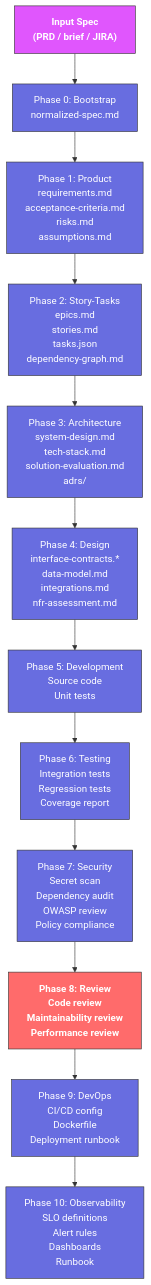
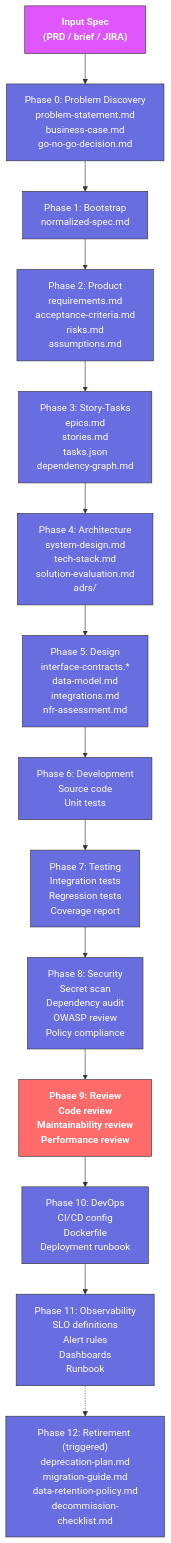
Before and after one commit to bitbitcodes/autonomous-sdlc: the sixth of 7 diagrams in docs/agent-graph.md, drawn with Mermaid. The commit also changed other lines of this file and 131 other files, not shown here.

First line of the commit message:
feat(phase-config,governance,cost): Phase presets, custom agents, and other minor  changes

````diff
--- a/docs/agent-graph.md
+++ b/docs/agent-graph.md
@@ -208,50 +234,58 @@
 ```mermaid
 flowchart TD
     SPEC["Input Spec<br/>(PRD / brief / JIRA)"]
     SPEC --> P0
 
-    P0["Phase 0: Bootstrap<br/>normalized-spec.md"]
+    P0["Phase 0: Problem Discovery<br/>problem-statement.md<br/>business-case.md<br/>go-no-go-decision.md"]
     P0 --> P1
 
-    P1["Phase 1: Product<br/>requirements.md<br/>acceptance-criteria.md<br/>risks.md<br/>assumptions.md"]
+    P1["Phase 1: Bootstrap<br/>normalized-spec.md"]
     P1 --> P2
 
-    P2["Phase 2: Story-Tasks<br/>epics.md<br/>stories.md<br/>tasks.json<br/>dependency-graph.md"]
+    P2["Phase 2: Product<br/>requirements.md<br/>acceptance-criteria.md<br/>risks.md<br/>assumptions.md"]
     P2 --> P3
 
-    P3["Phase 3: Architecture<br/>system-design.md<br/>tech-stack.md<br/>solution-evaluation.md<br/>adrs/"]
+    P3["Phase 3: Story-Tasks<br/>epics.md<br/>stories.md<br/>tasks.json<br/>dependency-graph.md"]
     P3 --> P4
 
-    P4["Phase 4: Design<br/>interface-contracts.*<br/>data-model.md<br/>integrations.md<br/>nfr-assessment.md"]
+    P4["Phase 4: Architecture<br/>system-design.md<br/>tech-stack.md<br/>solution-evaluation.md<br/>adrs/"]
     P4 --> P5
 
-    P5["Phase 5: Development<br/>Source code<br/>Unit tests"]
+    P5["Phase 5: Design<br/>interface-contracts.*<br/>data-model.md<br/>integrations.md<br/>nfr-assessment.md"]
     P5 --> P6
 
-    P6["Phase 6: Testing<br/>Integration tests<br/>Regression tests<br/>Coverage report"]
+    P6["Phase 6: Development<br/>Source code<br/>Unit tests"]
     P6 --> P7
 
-    P7["Phase 7: Security<br/>Secret scan<br/>Dependency audit<br/>OWASP review<br/>Policy compliance"]
+    P7["Phase 7: Testing<br/>Integration tests<br/>Regression tests<br/>Coverage report"]
     P7 --> P8
 
-    P8["Phase 8: Review<br/>Code review<br/>Maintainability review<br/>Performance review"]
+    P8["Phase 8: Security<br/>Secret scan<br/>Dependency audit<br/>OWASP review<br/>Policy compliance"]
     P8 --> P9
 
-    P9["Phase 9: DevOps<br/>CI/CD config<br/>Dockerfile<br/>Deployment runbook"]
+    P9["Phase 9: Review<br/>Code review<br/>Maintainability review<br/>Performance review"]
     P9 --> P10
 
-    P10["Phase 10: Observability<br/>SLO definitions<br/>Alert rules<br/>Dashboards<br/>Runbook"]
+    P10["Phase 10: DevOps<br/>CI/CD config<br/>Dockerfile<br/>Deployment runbook"]
+    P10 --> P11
+
+    P11["Phase 11: Observability<br/>SLO definitions<br/>Alert rules<br/>Dashboards<br/>Runbook"]
+    P11 -.-> P12
+
+    P12["Phase 12: Retirement (triggered)<br/>deprecation-plan.md<br/>migration-guide.md<br/>data-retention-policy.md<br/>decommission-checklist.md"]
 
     style SPEC fill:#e056fd,stroke:#333,color:#fff,font-weight:bold
     style P0 fill:#686de0,stroke:#333,color:#fff
     style P1 fill:#686de0,stroke:#333,color:#fff
     style P2 fill:#686de0,stroke:#333,color:#fff
     style P3 fill:#686de0,stroke:#333,color:#fff
     style P4 fill:#686de0,stroke:#333,color:#fff
     style P5 fill:#686de0,stroke:#333,color:#fff
     style P6 fill:#686de0,stroke:#333,color:#fff
     style P7 fill:#686de0,stroke:#333,color:#fff
-    style P8 fill:#ff6b6b,stroke:#333,color:#fff,font-weight:bold
-    style P9 fill:#686de0,stroke:#333,color:#fff
+    style P8 fill:#686de0,stroke:#333,color:#fff
+    style P9 fill:#ff6b6b,stroke:#333,color:#fff,font-weight:bold
     style P10 fill:#686de0,stroke:#333,color:#fff
+    style P11 fill:#686de0,stroke:#333,color:#fff
+    style P12 fill:#686de0,stroke:#333,color:#fff
 ```
````
